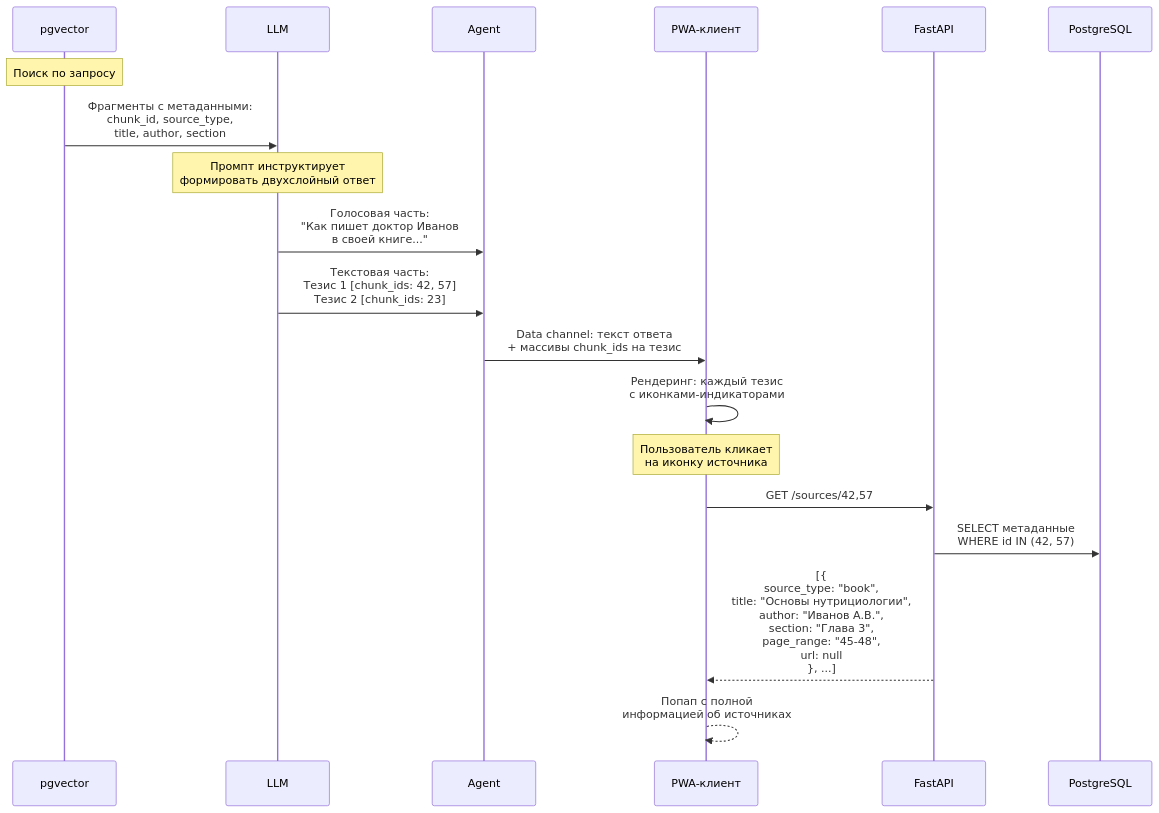
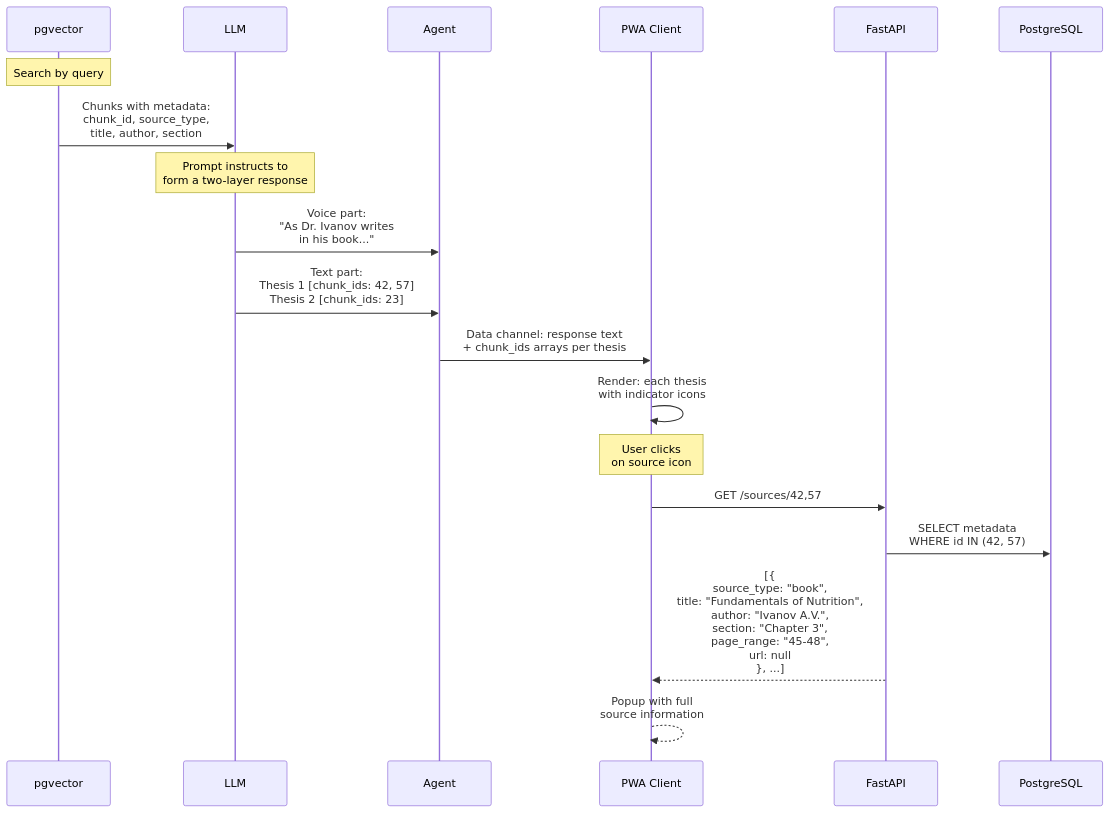
One commit to itechmeat/twype-voice changed diagram 17 of 25 in docs/architecture.md. Above: the diagram before and after it, drawn with Mermaid. The commit also changed other lines of this file and 30 other files, not shown here.

````diff
--- a/docs/architecture.md
+++ b/docs/architecture.md
@@ -786,29 +786,29 @@
 ```mermaid
 sequenceDiagram
     participant RAG as pgvector
     participant LLM as LLM
     participant AG as Agent
-    participant PWA as PWA-клиент
+    participant PWA as PWA Client
     participant API as FastAPI
     participant DB as PostgreSQL
 
-    Note over RAG: Поиск по запросу
-    RAG->>LLM: Фрагменты с метаданными:<br/>chunk_id, source_type,<br/>title, author, section
+    Note over RAG: Search by query
+    RAG->>LLM: Chunks with metadata:<br/>chunk_id, source_type,<br/>title, author, section
 
-    Note over LLM: Промпт инструктирует<br/>формировать двухслойный ответ
+    Note over LLM: Prompt instructs to<br/>form a two-layer response
 
-    LLM->>AG: Голосовая часть:<br/>"Как пишет доктор Иванов<br/>в своей книге..."
+    LLM->>AG: Voice part:<br/>"As Dr. Ivanov writes<br/>in his book..."
 
-    LLM->>AG: Текстовая часть:<br/>Тезис 1 [chunk_ids: 42, 57]<br/>Тезис 2 [chunk_ids: 23]
+    LLM->>AG: Text part:<br/>Thesis 1 [chunk_ids: 42, 57]<br/>Thesis 2 [chunk_ids: 23]
 
-    AG->>PWA: Data channel: текст ответа<br/>+ массивы chunk_ids на тезис
-    PWA->>PWA: Рендеринг: каждый тезис<br/>с иконками-индикаторами
+    AG->>PWA: Data channel: response text<br/>+ chunk_ids arrays per thesis
+    PWA->>PWA: Render: each thesis<br/>with indicator icons
 
-    Note over PWA: Пользователь кликает<br/>на иконку источника
+    Note over PWA: User clicks<br/>on source icon
 
     PWA->>API: GET /sources/42,57
-    API->>DB: SELECT метаданные<br/>WHERE id IN (42, 57)
-    API-->>PWA: [{<br/>  source_type: "book",<br/>  title: "Основы нутрициологии",<br/>  author: "Иванов А.В.",<br/>  section: "Глава 3",<br/>  page_range: "45-48",<br/>  url: null<br/>}, ...]
+    API->>DB: SELECT metadata<br/>WHERE id IN (42, 57)
+    API-->>PWA: [{<br/>  source_type: "book",<br/>  title: "Fundamentals of Nutrition",<br/>  author: "Ivanov A.V.",<br/>  section: "Chapter 3",<br/>  page_range: "45-48",<br/>  url: null<br/>}, ...]
 
-    PWA-->>PWA: Попап с полной<br/>информацией об источниках
+    PWA-->>PWA: Popup with full<br/>source information
 ```
````
